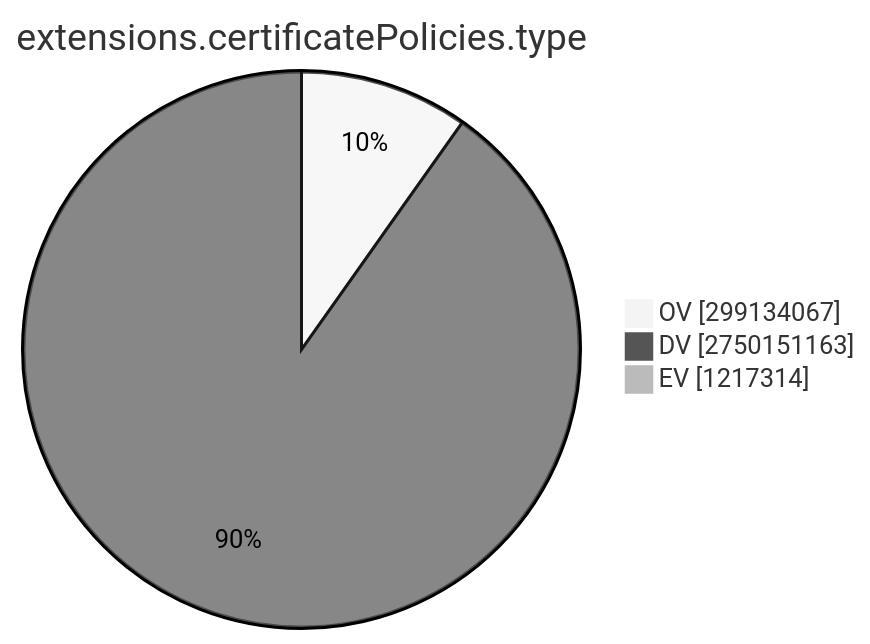
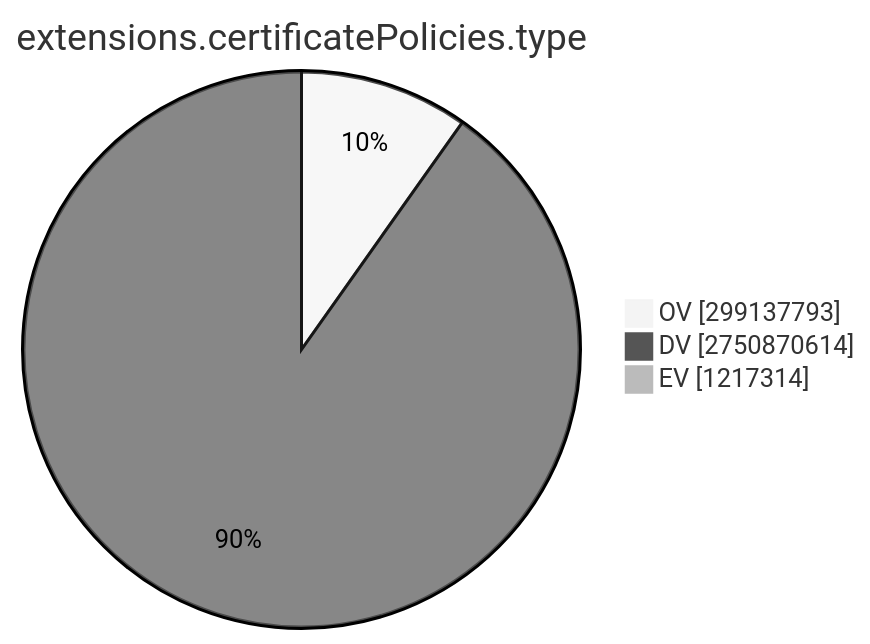
One commit to christiankrug/ctmonitor_visualization changed the ninth of 15 diagrams in TOTAL/README.md. Above: the diagram before and after it, drawn with Mermaid (neutral theme). The commit also changed other lines of this file, not shown here.

````diff
--- a/TOTAL/README.md
+++ b/TOTAL/README.md
@@ -3100,7 +3100,7 @@
 ```mermaid
 pie showData
 title extensions.certificatePolicies.type
-"OV" :299134067
-"DV" :2750151163
+"OV" :299137793
+"DV" :2750870614
 "EV" :1217314
 ```
````
